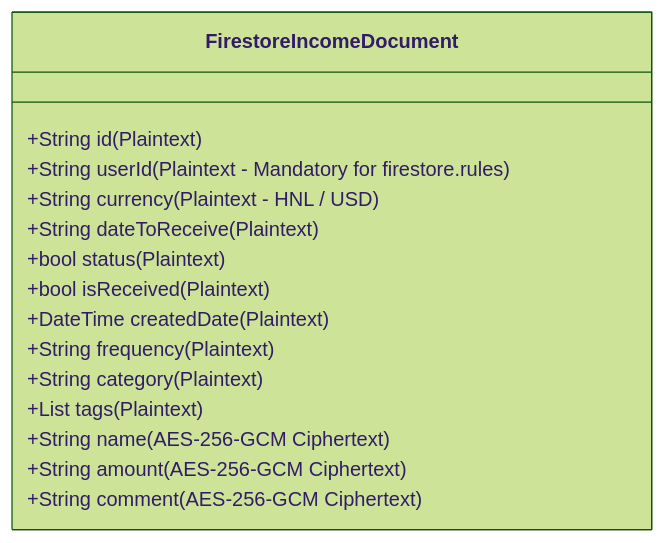
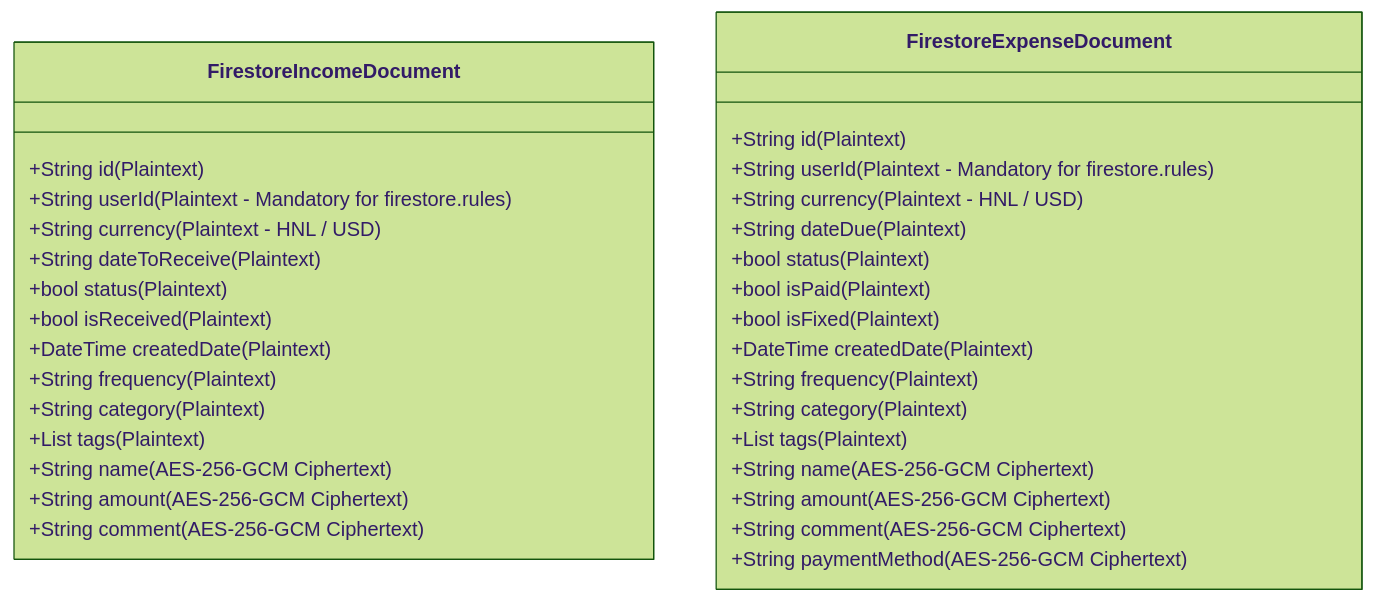
The second of 2 diagrams in ZERO_KNOWLEDGE_ENCRYPTION.md (djag07907/web_personal_finances), drawn with Mermaid (forest theme) before and after one commit. The commit also changed other lines of this file and 2 other files, not shown here.

Commit message:
feat: implement zero-knowledge encryption for expense repository flows

````diff
--- a/ZERO_KNOWLEDGE_ENCRYPTION.md
+++ b/ZERO_KNOWLEDGE_ENCRYPTION.md
@@ -145,18 +145,36 @@
 ```mermaid
 classDiagram
     class FirestoreIncomeDocument {
         +String id (Plaintext)
         +String userId (Plaintext - Mandatory for firestore.rules)
         +String currency (Plaintext - HNL / USD)
         +String dateToReceive (Plaintext)
         +bool status (Plaintext)
         +bool isReceived (Plaintext)
         +DateTime createdDate (Plaintext)
         +String frequency (Plaintext)
         +String category (Plaintext)
         +List tags (Plaintext)
         +String name (AES-256-GCM Ciphertext)
         +String amount (AES-256-GCM Ciphertext)
         +String comment (AES-256-GCM Ciphertext)
     }
+
+    class FirestoreExpenseDocument {
+        +String id (Plaintext)
+        +String userId (Plaintext - Mandatory for firestore.rules)
+        +String currency (Plaintext - HNL / USD)
+        +String dateDue (Plaintext)
+        +bool status (Plaintext)
+        +bool isPaid (Plaintext)
+        +bool isFixed (Plaintext)
+        +DateTime createdDate (Plaintext)
+        +String frequency (Plaintext)
+        +String category (Plaintext)
+        +List tags (Plaintext)
+        +String name (AES-256-GCM Ciphertext)
+        +String amount (AES-256-GCM Ciphertext)
+        +String comment (AES-256-GCM Ciphertext)
+        +String paymentMethod (AES-256-GCM Ciphertext)
+    }
 ```
````
